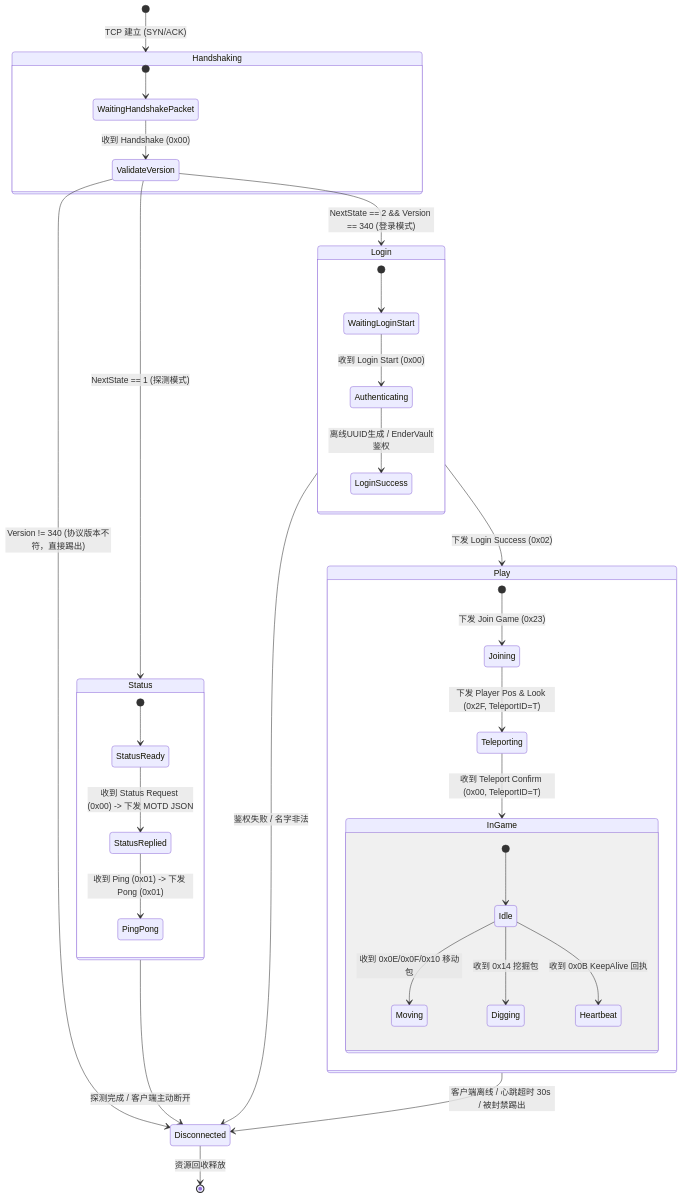
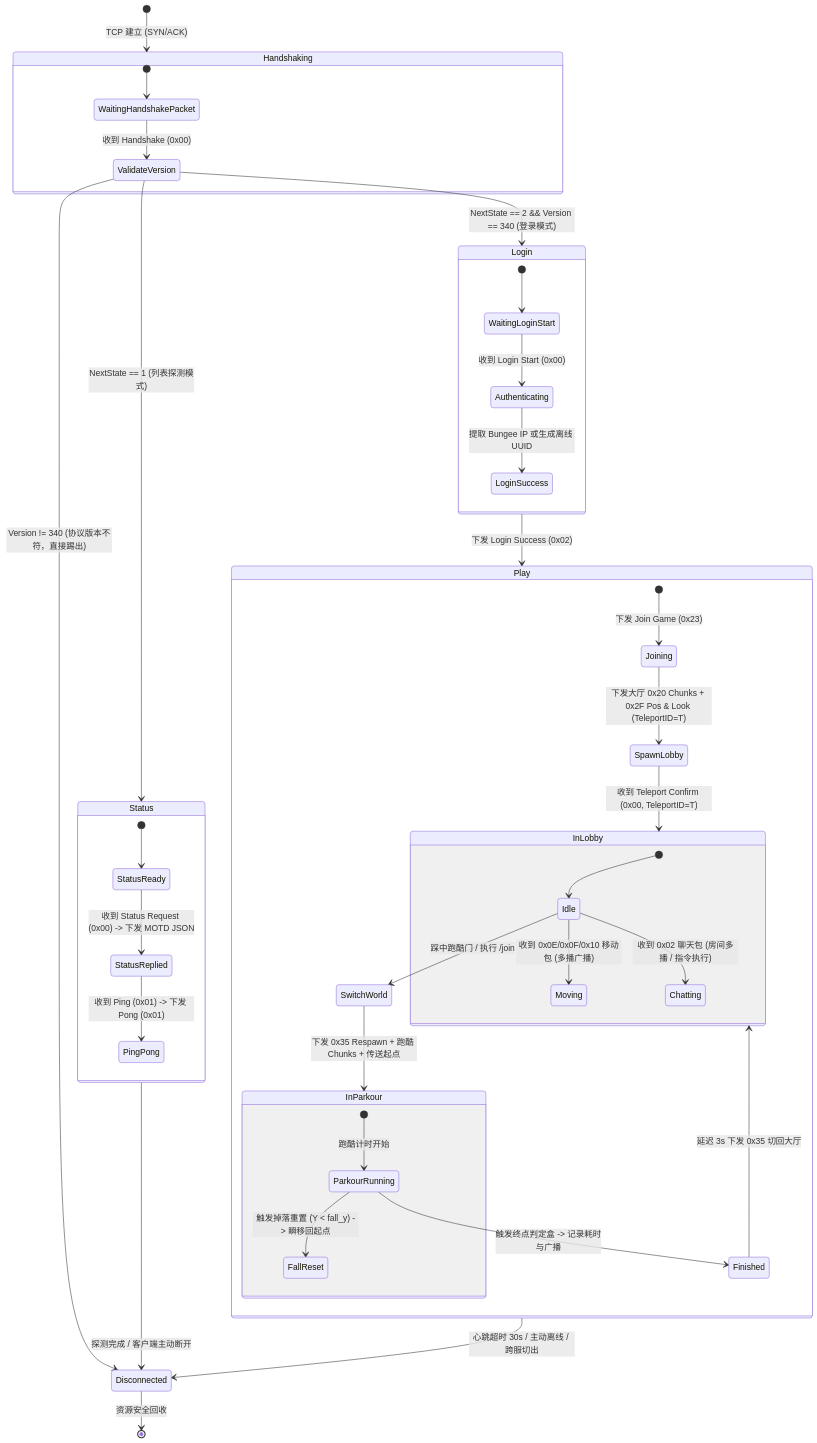
One commit to syuany/mcpe changed the first of 3 diagrams in doc/05_房间状态机与状态同步设计.md. Above: the diagram before and after it, drawn with Mermaid. The commit also changed other lines of this file and 11 other files, not shown here.

````diff
--- a/doc/05_房间状态机与状态同步设计.md
+++ b/doc/05_房间状态机与状态同步设计.md
@@ -16,44 +15,52 @@
 ```mermaid
 stateDiagram-v2
     [*] --> Handshaking: TCP 建立 (SYN/ACK)
     
     state Handshaking {
         [*] --> WaitingHandshakePacket
         WaitingHandshakePacket --> ValidateVersion: 收到 Handshake (0x00)
     }
 
-    ValidateVersion --> Status: NextState == 1 (探测模式)
+    ValidateVersion --> Status: NextState == 1 (列表探测模式)
     ValidateVersion --> Login: NextState == 2 && Version == 340 (登录模式)
     ValidateVersion --> Disconnected: Version != 340 (协议版本不符，直接踢出)
 
     state Status {
         [*] --> StatusReady
         StatusReady --> StatusReplied: 收到 Status Request (0x00) -> 下发 MOTD JSON
         StatusReplied --> PingPong: 收到 Ping (0x01) -> 下发 Pong (0x01)
     }
     Status --> Disconnected: 探测完成 / 客户端主动断开
 
     state Login {
         [*] --> WaitingLoginStart
         WaitingLoginStart --> Authenticating: 收到 Login Start (0x00)
-        Authenticating --> LoginSuccess: 离线UUID生成 / EnderVault鉴权
+        Authenticating --> LoginSuccess: 提取 Bungee IP 或生成离线 UUID
     }
     Login --> Play: 下发 Login Success (0x02)
-    Login --> Disconnected: 鉴权失败 / 名字非法
 
     state Play {
         [*] --> Joining: 下发 Join Game (0x23)
-        Joining --> Teleporting: 下发 Player Pos & Look (0x2F, TeleportID=T)
-        Teleporting --> InGame: 收到 Teleport Confirm (0x00, TeleportID=T)
+        Joining --> SpawnLobby: 下发大厅 0x20 Chunks + 0x2F Pos & Look (TeleportID=T)
+        SpawnLobby --> InLobby: 收到 Teleport Confirm (0x00, TeleportID=T)
         
-        state InGame {
+        state InLobby {
             [*] --> Idle
-            Idle --> Moving: 收到 0x0E/0x0F/0x10 移动包
-            Idle --> Digging: 收到 0x14 挖掘包
-            Idle --> Heartbeat: 收到 0x0B KeepAlive 回执
+            Idle --> Moving: 收到 0x0E/0x0F/0x10 移动包 (多播广播)
+            Idle --> Chatting: 收到 0x02 聊天包 (房间多播 / 指令执行)
+            Idle --> SwitchWorld: 踩中跑酷门 / 执行 /join
         }
+
+        SwitchWorld --> InParkour: 下发 0x35 Respawn + 跑酷 Chunks + 传送起点
+        
+        state InParkour {
+            [*] --> ParkourRunning: 跑酷计时开始
+            ParkourRunning --> FallReset: 触发掉落重置 (Y < fall_y) -> 瞬移回起点
+            ParkourRunning --> Finished: 触发终点判定盒 -> 记录耗时与广播
+        }
+        Finished --> InLobby: 延迟 3s 下发 0x35 切回大厅
     }
-    Play --> Disconnected: 客户端离线 / 心跳超时 30s / 被封禁踢出
 
-    Disconnected --> [*]: 资源回收释放
+    Play --> Disconnected: 心跳超时 30s / 主动离线 / 跨服切出
+    Disconnected --> [*]: 资源安全回收
 ```
````
